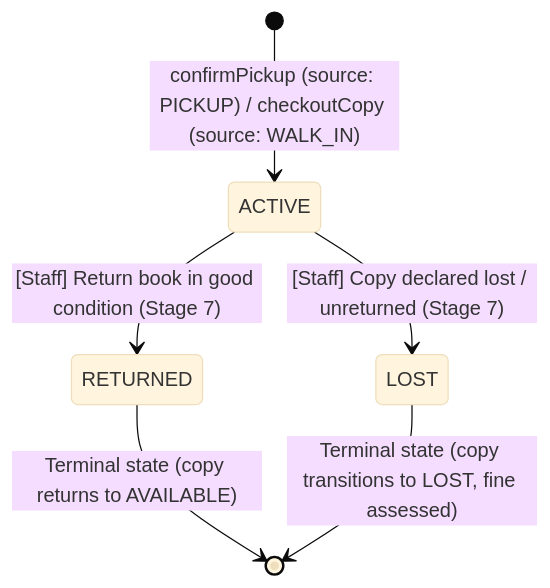
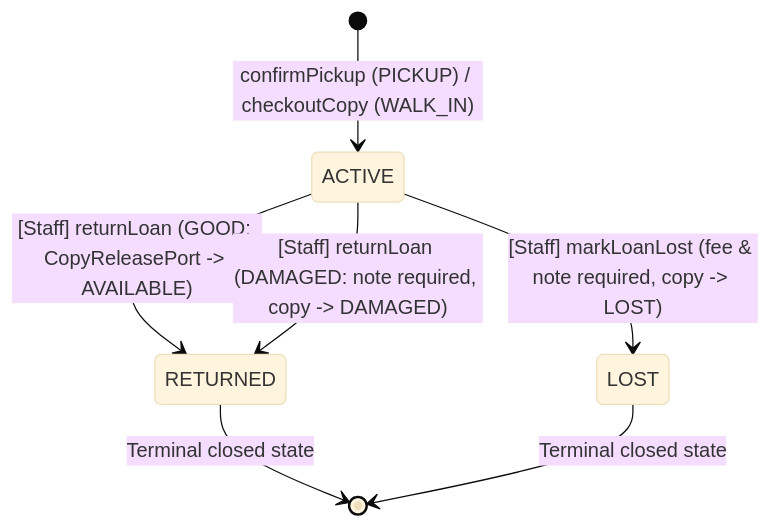
One commit to Nirukshith/bookdrop changed the third of 6 diagrams in README.md. Above: the diagram before and after it, drawn with Mermaid (base theme). The commit also changed other lines of this file and 20 other files, not shown here.

Commit message:
feat(circulation): complete stage 7 returns, fines, e2e suite, and documentation

````diff
--- a/README.md
+++ b/README.md
@@ -638,10 +638,11 @@
 ```mermaid
 stateDiagram-v2
-    [*] --> ACTIVE : confirmPickup (source: PICKUP) / checkoutCopy (source: WALK_IN)
+    [*] --> ACTIVE : confirmPickup (PICKUP) / checkoutCopy (WALK_IN)
 
-    ACTIVE --> RETURNED : [Staff] Return book in good condition (Stage 7)
-    ACTIVE --> LOST : [Staff] Copy declared lost / unreturned (Stage 7)
+    ACTIVE --> RETURNED : [Staff] returnLoan (GOOD: CopyReleasePort -> AVAILABLE)
+    ACTIVE --> RETURNED : [Staff] returnLoan (DAMAGED: note required, copy -> DAMAGED)
+    ACTIVE --> LOST : [Staff] markLoanLost (fee & note required, copy -> LOST)
 
-    RETURNED --> [*] : Terminal state (copy returns to AVAILABLE)
-    LOST --> [*] : Terminal state (copy transitions to LOST, fine assessed)
+    RETURNED --> [*] : Terminal closed state
+    LOST --> [*] : Terminal closed state
 ```
````
